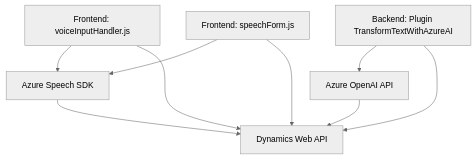
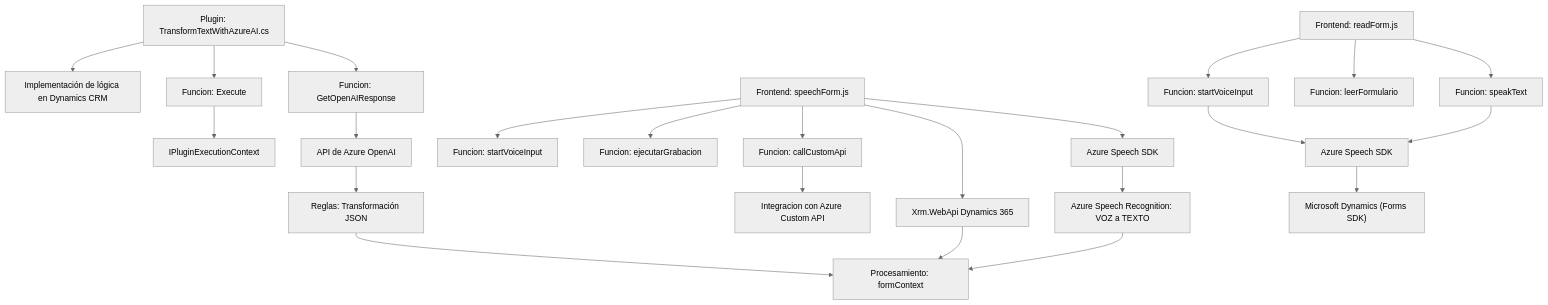
Before and after one commit to blopezdm/NETCORE_BILBAO2025: the diagram in README.md, drawn with Mermaid (neutral theme). The commit also changed other lines of this file, not shown here.

Commit message:
Actualizar análisis global de la solución con IA

````diff
--- a/README.md
+++ b/README.md
@@ -46,18 +36,28 @@
 ```mermaid
 graph TD
-    A["Frontend: voiceInputHandler.js"]
-    B["Frontend: speechForm.js"]
-    C["Backend: Plugin TransformTextWithAzureAI"]
-    D["Azure Speech SDK"]
-    E["Azure OpenAI API"]
-    F["Dynamics Web API"]
-
-    A-->D
-    A-->F
-    B-->D
-    B-->F
-    C-->E
-    C-->F
-    D-->F
-    E-->F    
+    A["Frontend: readForm.js"] --> B["Funcion: startVoiceInput"]
+    A --> C["Funcion: leerFormulario"]
+    A --> D["Funcion: speakText"]
+    B --> E["Azure Speech SDK"]
+    D --> E
+    
+    F["Frontend: speechForm.js"] --> G["Funcion: startVoiceInput"]
+    F --> H["Funcion: ejecutarGrabacion"]
+    F --> I["Funcion: callCustomApi"]
+    F --> J["Xrm.WebApi Dynamics 365"]
+    F --> K["Azure Speech SDK"]
+    I --> L["Integracion con Azure Custom API"]
+    
+    M["Plugin: TransformTextWithAzureAI.cs"] --> N["Implementación de lógica en Dynamics CRM"]
+    M --> O["Funcion: Execute"]
+    M --> P["Funcion: GetOpenAIResponse"]
+    O --> Q["IPluginExecutionContext"]
+    P --> R["API de Azure OpenAI"]
+    R --> S["Reglas: Transformación JSON"]
+    
+    K --> T["Azure Speech Recognition: VOZ a TEXTO"]
+    E --> U["Microsoft Dynamics (Forms SDK)"]
+    T --> V["Procesamiento: formContext"]
+    J --> V
+    S --> V
 ```
````
